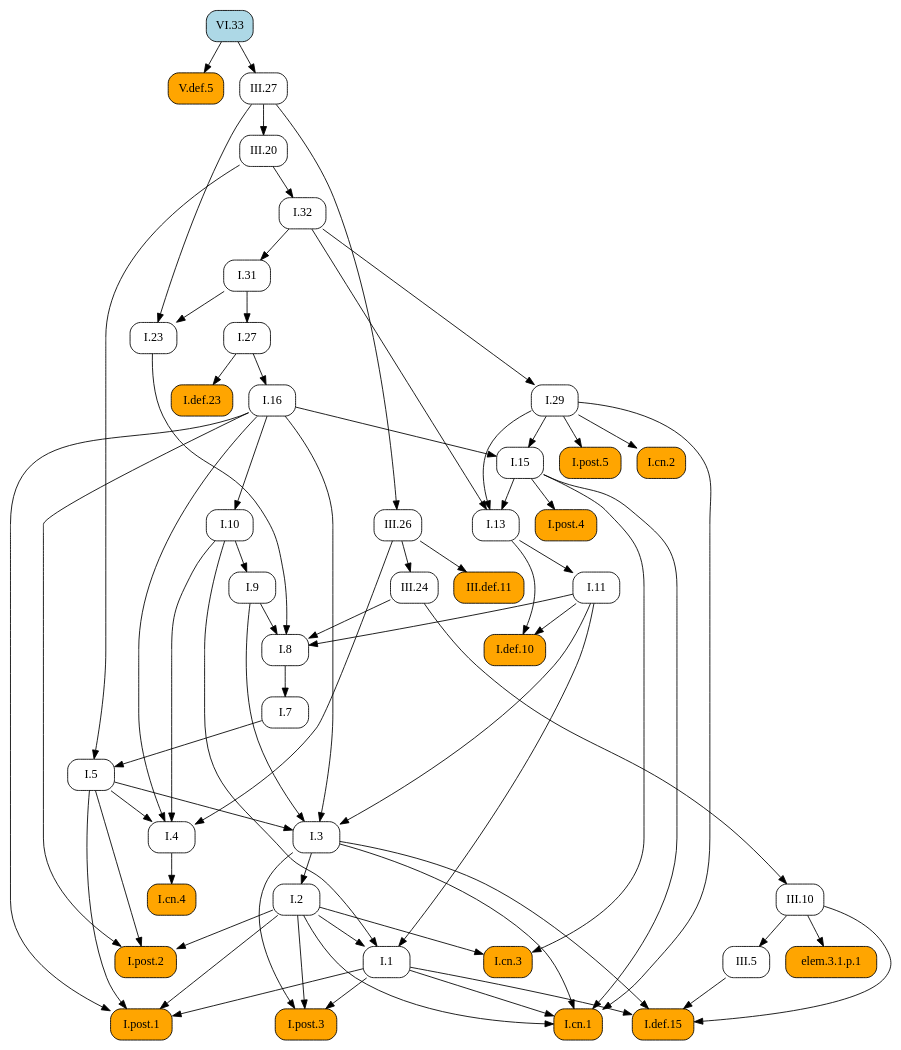
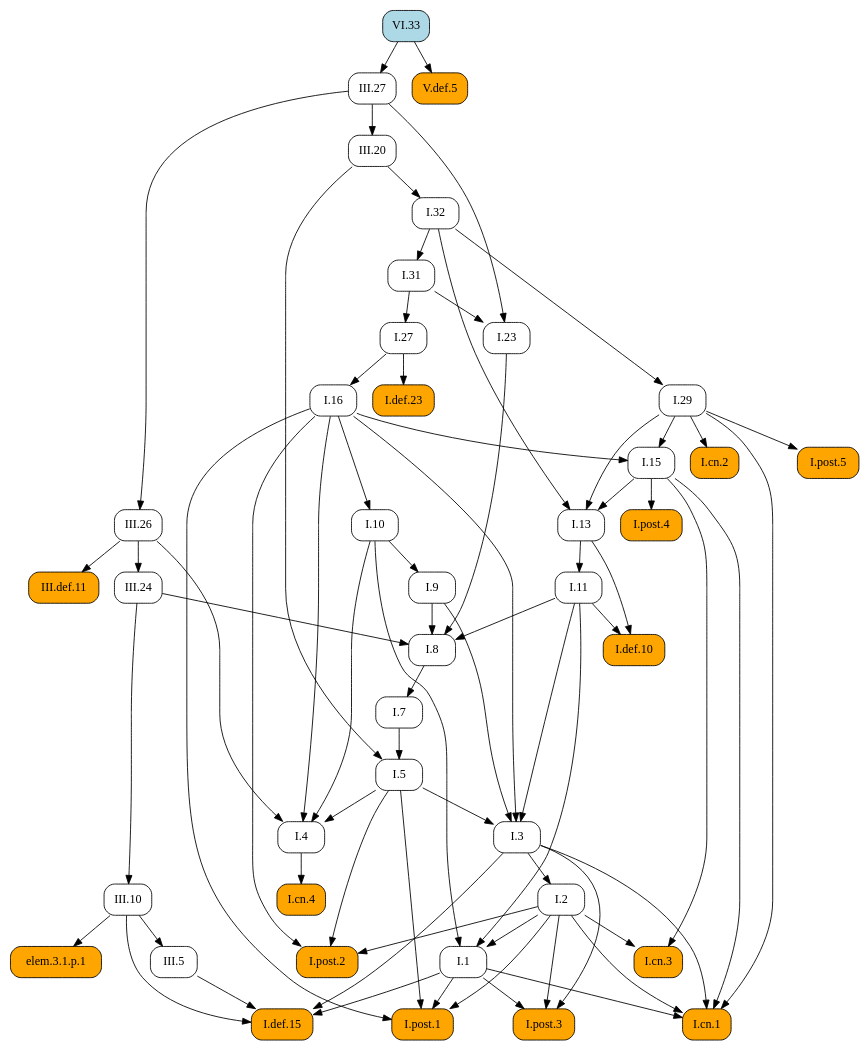
The diagram in docsrc/elements2/VI/33/index.rst (geometor/elements), drawn with Graphviz before and after one commit. The commit also changed other lines of this file and 171 other files, not shown here.

```diff
--- a/docsrc/elements2/VI/33/index.rst
+++ b/docsrc/elements2/VI/33/index.rst
@@ -48,115 +48,115 @@
    digraph {
      rankdir="TB";
      node [shape=box, style=rounded];
-     "III.24" [URL="/elements2/III/24/", target="_top"];
-     "III.def.11" [style="rounded,filled", fillcolor=orange, URL="/elements2/III/def.11/", target="_top"];
-     "I.def.10" [style="rounded,filled", fillcolor=orange, URL="/elements2/I/def.10/", target="_top"];
+     "I.8" [URL="/elements2/I/8/", target="_top"];
      "I.32" [URL="/elements2/I/32/", target="_top"];
      "V.def.5" [style="rounded,filled", fillcolor=orange, URL="/elements2/V/def.5/", target="_top"];
+     "III.27" [URL="/elements2/III/27/", target="_top"];
+     "I.post.1" [style="rounded,filled", fillcolor=orange, URL="/elements2/I/post.1/", target="_top"];
+     "I.5" [URL="/elements2/I/5/", target="_top"];
+     "I.post.5" [style="rounded,filled", fillcolor=orange, URL="/elements2/I/post.5/", target="_top"];
+     "I.def.10" [style="rounded,filled", fillcolor=orange, URL="/elements2/I/def.10/", target="_top"];
+     "I.cn.2" [style="rounded,filled", fillcolor=orange, URL="/elements2/I/cn.2/", target="_top"];
+     "I.def.15" [style="rounded,filled", fillcolor=orange, URL="/elements2/I/def.15/", target="_top"];
+     "I.31" [URL="/elements2/I/31/", target="_top"];
+     "I.11" [URL="/elements2/I/11/", target="_top"];
+     "III.def.11" [style="rounded,filled", fillcolor=orange, URL="/elements2/III/def.11/", target="_top"];
+     "III.24" [URL="/elements2/III/24/", target="_top"];
+     "I.3" [URL="/elements2/I/3/", target="_top"];
+     "I.post.2" [style="rounded,filled", fillcolor=orange, URL="/elements2/I/post.2/", target="_top"];
+     "III.10" [URL="/elements2/III/10/", target="_top"];
+     "I.def.23" [style="rounded,filled", fillcolor=orange, URL="/elements2/I/def.23/", target="_top"];
+     "I.1" [URL="/elements2/I/1/", target="_top"];
      "I.cn.4" [style="rounded,filled", fillcolor=orange, URL="/elements2/I/cn.4/", target="_top"];
-     "I.def.15" [style="rounded,filled", fillcolor=orange, URL="/elements2/I/def.15/", target="_top"];
+     "I.cn.3" [style="rounded,filled", fillcolor=orange, URL="/elements2/I/cn.3/", target="_top"];
+     "III.5" [URL="/elements2/III/5/", target="_top"];
+     "III.20" [URL="/elements2/III/20/", target="_top"];
+     "I.7" [URL="/elements2/I/7/", target="_top"];
+     "III.26" [URL="/elements2/III/26/", target="_top"];
+     "I.9" [URL="/elements2/I/9/", target="_top"];
+     "elem.3.1.p.1" [style="rounded,filled", fillcolor=orange];
+     "I.cn.1" [style="rounded,filled", fillcolor=orange, URL="/elements2/I/cn.1/", target="_top"];
+     "I.29" [URL="/elements2/I/29/", target="_top"];
+     "I.post.4" [style="rounded,filled", fillcolor=orange, URL="/elements2/I/post.4/", target="_top"];
+     "I.16" [URL="/elements2/I/16/", target="_top"];
+     "I.13" [URL="/elements2/I/13/", target="_top"];
+     "I.2" [URL="/elements2/I/2/", target="_top"];
+     "VI.33" [style="rounded,filled", fillcolor=lightblue, URL="/elements2/VI/33/", target="_top"];
+     "I.27" [URL="/elements2/I/27/", target="_top"];
+     "I.4" [URL="/elements2/I/4/", target="_top"];
+     "I.10" [URL="/elements2/I/10/", target="_top"];
+     "I.15" [URL="/elements2/I/15/", target="_top"];
+     "I.23" [URL="/elements2/I/23/", target="_top"];
      "I.post.3" [style="rounded,filled", fillcolor=orange, URL="/elements2/I/post.3/", target="_top"];
-     "I.27" [URL="/elements2/I/27/", target="_top"];
-     "I.post.2" [style="rounded,filled", fillcolor=orange, URL="/elements2/I/post.2/", target="_top"];
-     "I.13" [URL="/elements2/I/13/", target="_top"];
-     "elem.3.1.p.1" [style="rounded,filled", fillcolor=orange];
-     "I.10" [URL="/elements2/I/10/", target="_top"];
-     "I.post.1" [style="rounded,filled", fillcolor=orange, URL="/elements2/I/post.1/", target="_top"];
-     "I.7" [URL="/elements2/I/7/", target="_top"];
-     "III.27" [URL="/elements2/III/27/", target="_top"];
-     "I.11" [URL="/elements2/I/11/", target="_top"];
-     "I.4" [URL="/elements2/I/4/", target="_top"];
-     "I.16" [URL="/elements2/I/16/", target="_top"];
-     "I.def.23" [style="rounded,filled", fillcolor=orange, URL="/elements2/I/def.23/", target="_top"];
-     "I.9" [URL="/elements2/I/9/", target="_top"];
-     "I.8" [URL="/elements2/I/8/", target="_top"];
-     "I.cn.2" [style="rounded,filled", fillcolor=orange, URL="/elements2/I/cn.2/", target="_top"];
-     "I.23" [URL="/elements2/I/23/", target="_top"];
-     "I.15" [URL="/elements2/I/15/", target="_top"];
-     "I.post.5" [style="rounded,filled", fillcolor=orange, URL="/elements2/I/post.5/", target="_top"];
-     "I.2" [URL="/elements2/I/2/", target="_top"];
-     "III.20" [URL="/elements2/III/20/", target="_top"];
-     "III.10" [URL="/elements2/III/10/", target="_top"];
-     "I.1" [URL="/elements2/I/1/", target="_top"];
-     "I.31" [URL="/elements2/I/31/", target="_top"];
-     "III.5" [URL="/elements2/III/5/", target="_top"];
-     "VI.33" [style="rounded,filled", fillcolor=lightblue, URL="/elements2/VI/33/", target="_top"];
-     "I.post.4" [style="rounded,filled", fillcolor=orange, URL="/elements2/I/post.4/", target="_top"];
-     "III.26" [URL="/elements2/III/26/", target="_top"];
-     "I.cn.1" [style="rounded,filled", fillcolor=orange, URL="/elements2/I/cn.1/", target="_top"];
-     "I.3" [URL="/elements2/I/3/", target="_top"];
-     "I.cn.3" [style="rounded,filled", fillcolor=orange, URL="/elements2/I/cn.3/", target="_top"];
-     "I.29" [URL="/elements2/I/29/", target="_top"];
-     "I.5" [URL="/elements2/I/5/", target="_top"];
-     "III.26" -> "III.24";
-     "III.26" -> "III.def.11";
+     "I.9" -> "I.8";
+     "I.11" -> "I.8";
+     "I.23" -> "I.8";
+     "III.24" -> "I.8";
+     "III.20" -> "I.32";
+     "VI.33" -> "V.def.5";
+     "VI.33" -> "III.27";
+     "I.1" -> "I.post.1";
+     "I.2" -> "I.post.1";
+     "I.5" -> "I.post.1";
+     "I.16" -> "I.post.1";
+     "I.7" -> "I.5";
+     "III.20" -> "I.5";
+     "I.29" -> "I.post.5";
      "I.11" -> "I.def.10";
      "I.13" -> "I.def.10";
-     "III.20" -> "I.32";
-     "VI.33" -> "V.def.5";
-     "I.4" -> "I.cn.4";
+     "I.29" -> "I.cn.2";
      "I.1" -> "I.def.15";
      "I.3" -> "I.def.15";
      "III.5" -> "I.def.15";
      "III.10" -> "I.def.15";
-     "I.1" -> "I.post.3";
-     "I.2" -> "I.post.3";
-     "I.3" -> "I.post.3";
-     "I.31" -> "I.27";
+     "I.32" -> "I.31";
+     "I.13" -> "I.11";
+     "III.26" -> "III.def.11";
+     "III.26" -> "III.24";
+     "I.5" -> "I.3";
+     "I.9" -> "I.3";
+     "I.11" -> "I.3";
+     "I.16" -> "I.3";
      "I.2" -> "I.post.2";
      "I.5" -> "I.post.2";
      "I.16" -> "I.post.2";
-     "I.15" -> "I.13";
-     "I.29" -> "I.13";
-     "I.32" -> "I.13";
-     "III.10" -> "elem.3.1.p.1";
-     "I.16" -> "I.10";
-     "I.1" -> "I.post.1";
-     "I.2" -> "I.post.1";
-     "I.5" -> "I.post.1";
-     "I.16" -> "I.post.1";
-     "I.8" -> "I.7";
-     "VI.33" -> "III.27";
-     "I.13" -> "I.11";
-     "I.5" -> "I.4";
-     "I.10" -> "I.4";
-     "I.16" -> "I.4";
-     "III.26" -> "I.4";
-     "I.27" -> "I.16";
+     "III.24" -> "III.10";
      "I.27" -> "I.def.23";
-     "I.10" -> "I.9";
-     "I.9" -> "I.8";
-     "I.11" -> "I.8";
-     "I.23" -> "I.8";
-     "III.24" -> "I.8";
-     "I.29" -> "I.cn.2";
-     "I.31" -> "I.23";
-     "III.27" -> "I.23";
-     "I.16" -> "I.15";
-     "I.29" -> "I.15";
-     "I.29" -> "I.post.5";
-     "I.3" -> "I.2";
-     "III.27" -> "III.20";
-     "III.24" -> "III.10";
      "I.2" -> "I.1";
      "I.10" -> "I.1";
      "I.11" -> "I.1";
-     "I.32" -> "I.31";
+     "I.4" -> "I.cn.4";
+     "I.2" -> "I.cn.3";
+     "I.15" -> "I.cn.3";
      "III.10" -> "III.5";
-     "I.15" -> "I.post.4";
+     "III.27" -> "III.20";
+     "I.8" -> "I.7";
      "III.27" -> "III.26";
+     "I.10" -> "I.9";
+     "III.10" -> "elem.3.1.p.1";
      "I.1" -> "I.cn.1";
      "I.2" -> "I.cn.1";
      "I.3" -> "I.cn.1";
      "I.15" -> "I.cn.1";
      "I.29" -> "I.cn.1";
-     "I.5" -> "I.3";
-     "I.9" -> "I.3";
-     "I.11" -> "I.3";
-     "I.16" -> "I.3";
-     "I.2" -> "I.cn.3";
-     "I.15" -> "I.cn.3";
      "I.32" -> "I.29";
-     "I.7" -> "I.5";
-     "III.20" -> "I.5";
+     "I.15" -> "I.post.4";
+     "I.27" -> "I.16";
+     "I.15" -> "I.13";
+     "I.29" -> "I.13";
+     "I.32" -> "I.13";
+     "I.3" -> "I.2";
+     "I.31" -> "I.27";
+     "I.5" -> "I.4";
+     "I.10" -> "I.4";
+     "I.16" -> "I.4";
+     "III.26" -> "I.4";
+     "I.16" -> "I.10";
+     "I.16" -> "I.15";
+     "I.29" -> "I.15";
+     "I.31" -> "I.23";
+     "III.27" -> "I.23";
+     "I.1" -> "I.post.3";
+     "I.2" -> "I.post.3";
+     "I.3" -> "I.post.3";
    }
```
